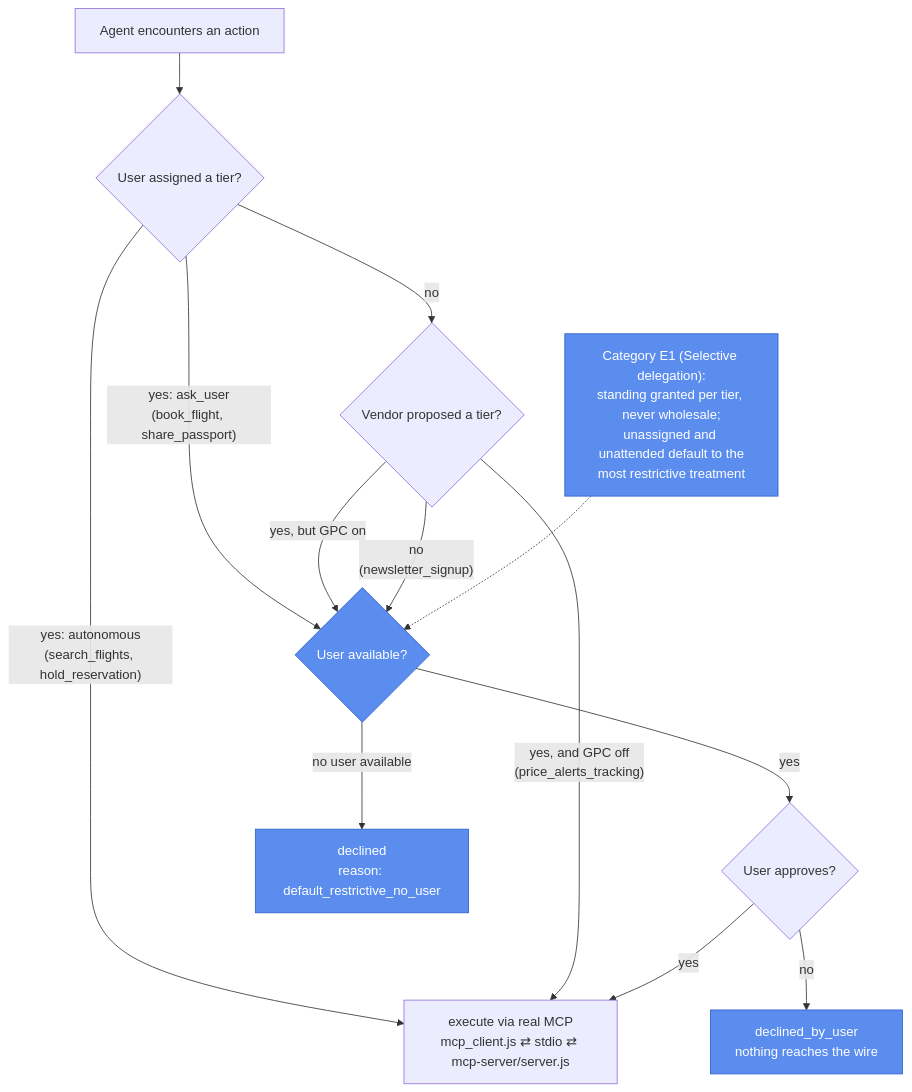
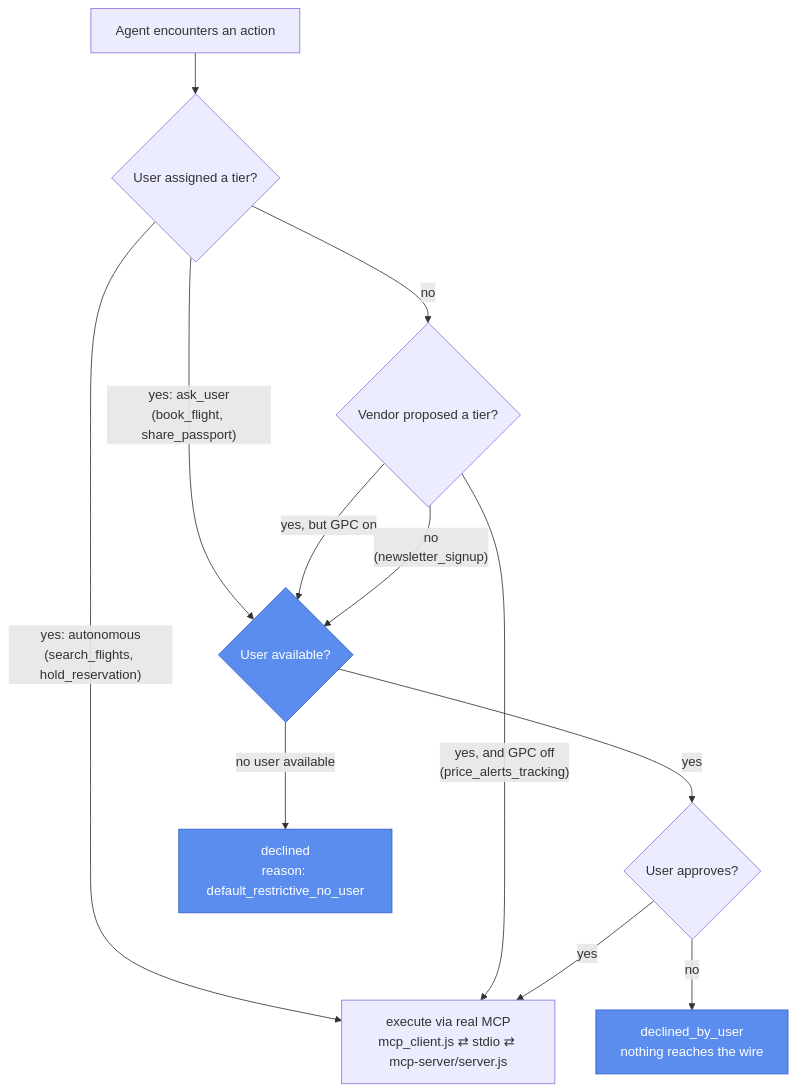
One commit to privacy-tech-lab/gpc-ai-agents-prototypes changed the diagram in prototype-8/README.md. Above: the diagram before and after it, drawn with Mermaid. The commit also changed other lines of this file and 82 other files, not shown here.

````diff
--- a/prototype-8/README.md
+++ b/prototype-8/README.md
@@ -27,18 +27,17 @@
 ```mermaid
 flowchart TD
     A["Agent encounters an action"] --> UA{"User assigned a tier?"}
     UA -- "yes: autonomous\n(search_flights, hold_reservation)" --> EX["execute via real MCP\nmcp_client.js ⇄ stdio ⇄ mcp-server/server.js"]
     UA -- "yes: ask_user\n(book_flight, share_passport)" --> P{"User available?"}
     UA -- "no" --> VD{"Vendor proposed a tier?"}
     VD -- "yes, and GPC off\n(price_alerts_tracking)" --> EX
     VD -- "yes, but GPC on" --> P
     VD -- "no\n(newsletter_signup)" --> P
     P -- "yes" --> ANS{"User approves?"}
     ANS -- "yes" --> EX
     ANS -- "no" --> DU["declined_by_user\nnothing reaches the wire"]
     P -- "no user available" --> DR["declined\nreason: default_restrictive_no_user"]
 
-    classDef category fill:#5b8def,stroke:#2f5fce,color:#fff
-    class P,DR,DU category
-    E1["Category E1 (Selective delegation):\nstanding granted per tier, never wholesale;\nunassigned and unattended default to the\nmost restrictive treatment"]:::category -.-> P
+    classDef enforced fill:#5b8def,stroke:#2f5fce,color:#fff
+    class P,DR,DU enforced
 ```
````
